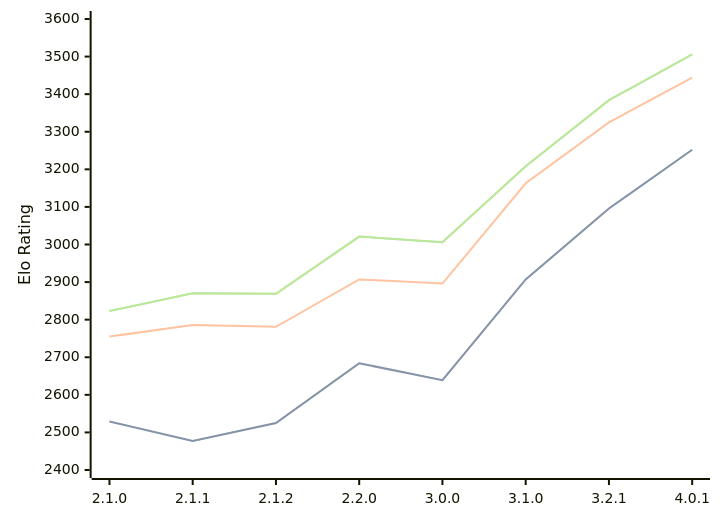
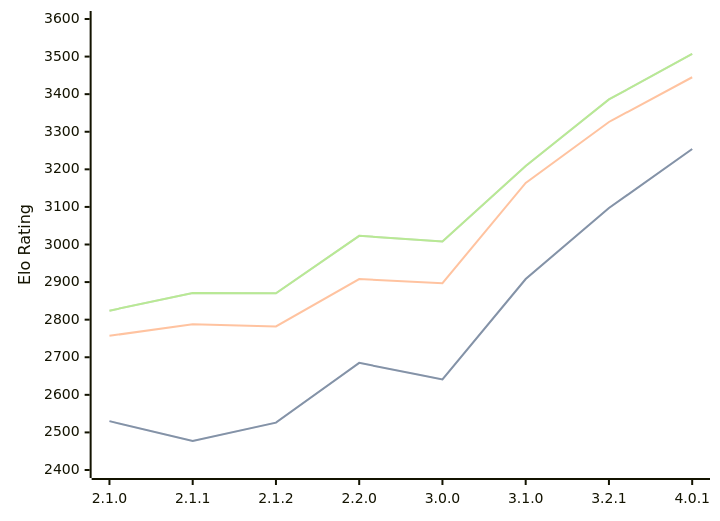
One commit to computer-chess-index/cci changed the diagram in engines/Prune.md. Above: the diagram before and after it, drawn with Mermaid. The commit also changed other lines of this file, not shown here.

Commit message:
Update CCI Ratings (ELO VLTC) - 2026-09-01

````diff
--- a/engines/Prune.md
+++ b/engines/Prune.md
@@ -40,11 +40,11 @@
 ```mermaid
 %%{init: {"theme":"base","themeVariables":{"seriesColors:['#a3a3a3','#222221','#faa371']}}}%%
 xychart-beta
   x-axis ["2.1.0", "2.1.1", "2.1.2", "2.2.0", "3.0.0", "3.1.0", "3.2.1", "4.0.1"]
   y-axis "Elo Rating" 2400 --> 3600
-  line "" [2529, 2477, 2525, 2684, 2639, 2907, 3096, 3252]
-  line "STC (8.0+0.08s)" [2529, 2477, 2525, 2684, 2639, 2907, 3096, 3252]
-  line "LTC (60.0+0.60s)" [2755, 2786, 2781, 2907, 2896, 3163, 3325, 3444]
-  line "" [2823, 2870, 2869, 3021, 3006, 3208, 3384, 3506]
-  line "VLTC (2m24s+1.12s)" [2823, 2870, 2869, 3021, 3006, 3208, 3384, 3506]
+  line "" [2530, 2477, 2526, 2685, 2641, 2908, 3097, 3254]
+  line "STC (8.0+0.08s)" [2530, 2477, 2526, 2685, 2641, 2908, 3097, 3254]
+  line "LTC (60.0+0.60s)" [2757, 2788, 2782, 2908, 2897, 3164, 3326, 3445]
+  line "" [2824, 2871, 2870, 3023, 3008, 3209, 3386, 3507]
+  line "VLTC (2m24s+1.12s)" [2824, 2871, 2870, 3023, 3008, 3209, 3386, 3507]
 ```
````
